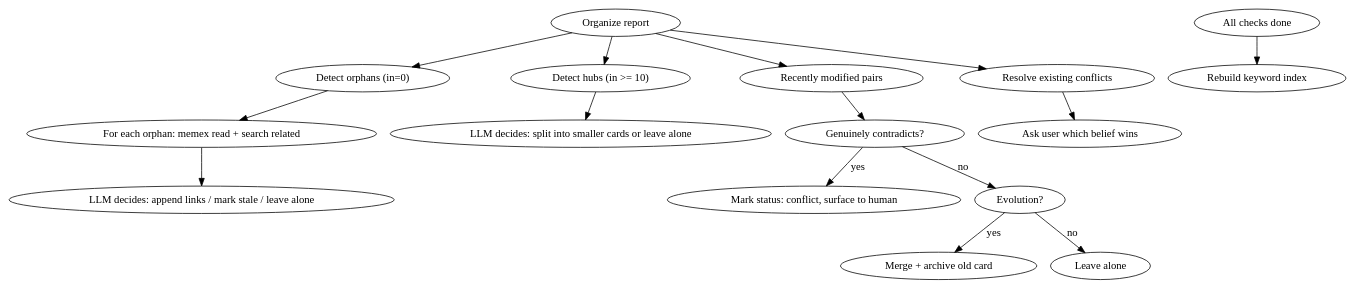
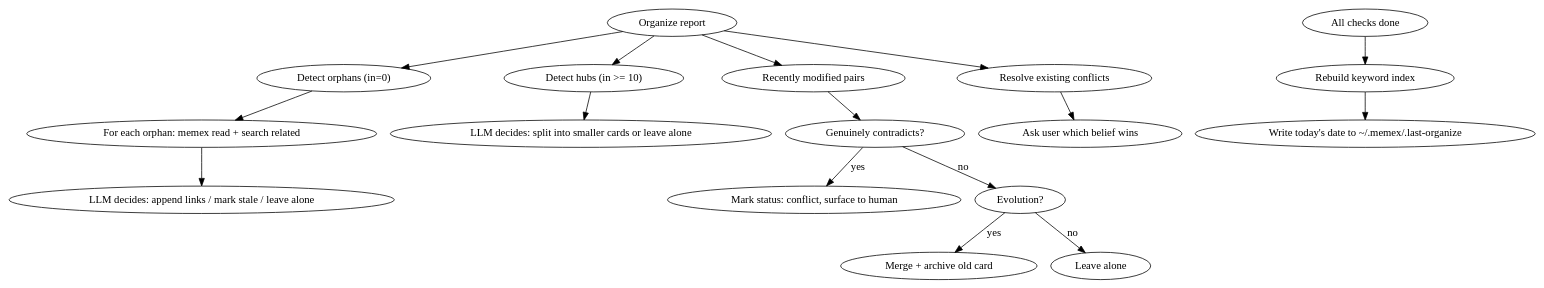
The diagram in skills/memex-organize/SKILL.md (lheiskan/memex-go), drawn with Graphviz before and after one commit. The commit also changed other lines of this file and 4 other files, not shown here.

First line of the commit message:
Move .last-organize write from report tool to skill's final step

````diff
--- a/skills/memex-organize/SKILL.md
+++ b/skills/memex-organize/SKILL.md
@@ -28,18 +28,19 @@
 ```dot
 digraph organize {
     "Organize report" -> "Detect orphans (in=0)";
     "Detect orphans (in=0)" -> "For each orphan: memex read + search related";
     "For each orphan: memex read + search related" -> "LLM decides: append links / mark stale / leave alone";
     "Organize report" -> "Detect hubs (in >= 10)";
     "Detect hubs (in >= 10)" -> "LLM decides: split into smaller cards or leave alone";
     "Organize report" -> "Recently modified pairs";
     "Recently modified pairs" -> "Genuinely contradicts?" [shape=diamond];
     "Genuinely contradicts?" -> "Mark status: conflict, surface to human" [label="yes"];
     "Genuinely contradicts?" -> "Evolution?" [label="no"];
     "Evolution?" -> "Merge + archive old card" [label="yes"];
     "Evolution?" -> "Leave alone" [label="no"];
     "Organize report" -> "Resolve existing conflicts";
     "Resolve existing conflicts" -> "Ask user which belief wins";
     "All checks done" -> "Rebuild keyword index";
+    "Rebuild keyword index" -> "Write today's date to ~/.memex/.last-organize";
 }
 ```
````
